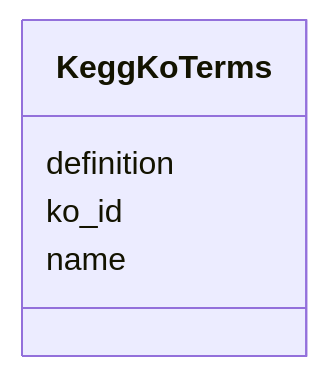
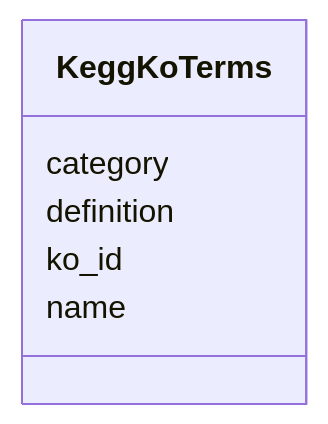
One commit to cmungall/bridge-schemas changed the diagram in docs/kbase/nmdc_core/KeggKoTerms.md. Above: the diagram before and after it, drawn with Mermaid. The commit also changed other lines of this file and 1727 other files, not shown here.

````diff
--- a/docs/kbase/nmdc_core/KeggKoTerms.md
+++ b/docs/kbase/nmdc_core/KeggKoTerms.md
@@ -18,12 +26,14 @@
 ```mermaid
  classDiagram
     class KeggKoTerms
     click KeggKoTerms href "../KeggKoTerms/"
+      KeggKoTerms : category
+        
       KeggKoTerms : definition
         
       KeggKoTerms : ko_id
         
       KeggKoTerms : name
         
       
 ```
````
